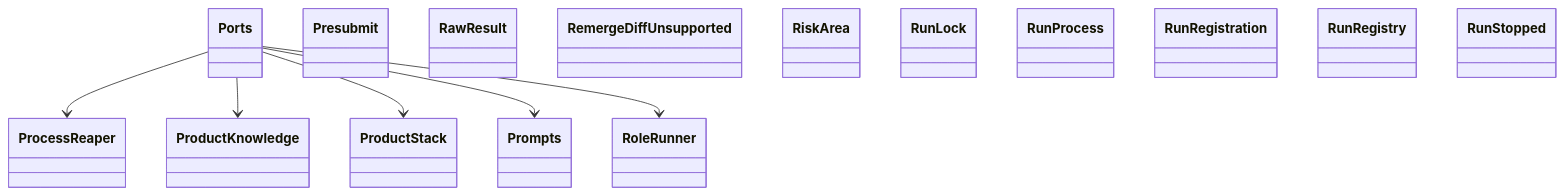
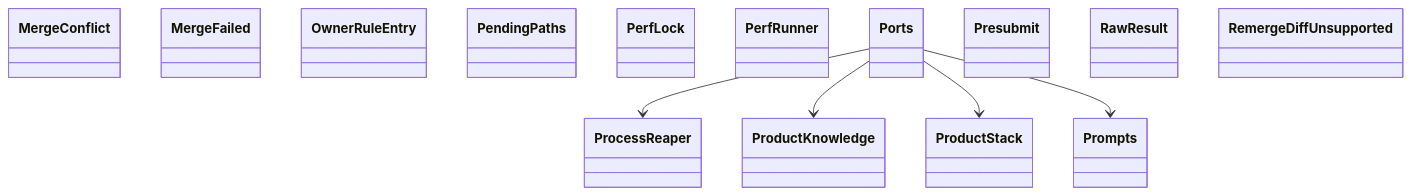
The diagram in docs/architecture/generated/classes-process-application-support-5.md (GonzaloZevallos/agentic-system), drawn with Mermaid before and after one commit. The commit also changed other lines of this file and 58 other files, not shown here.

Commit message:
Docs: regenerate the architecture pages for the board_schema module

````diff
--- a/docs/architecture/generated/classes-process-application-support-5.md
+++ b/docs/architecture/generated/classes-process-application-support-5.md
@@ -20,23 +21,21 @@
 ```mermaid
 classDiagram
+    class ports__MergeConflict["MergeConflict"]
+    class ports__MergeFailed["MergeFailed"]
+    class ports__OwnerRuleEntry["OwnerRuleEntry"]
+    class ports__PendingPaths["PendingPaths"]
+    class ports__PerfLock["PerfLock"]
+    class ports__PerfRunner["PerfRunner"]
     class ports__Ports["Ports"]
     class ports__Presubmit["Presubmit"]
     class ports__ProcessReaper["ProcessReaper"]
     class ports__ProductKnowledge["ProductKnowledge"]
     class ports__ProductStack["ProductStack"]
     class ports__Prompts["Prompts"]
     class ports__RawResult["RawResult"]
     class ports__RemergeDiffUnsupported["RemergeDiffUnsupported"]
-    class ports__RiskArea["RiskArea"]
-    class ports__RoleRunner["RoleRunner"]
-    class ports__RunLock["RunLock"]
-    class ports__RunProcess["RunProcess"]
-    class ports__RunRegistration["RunRegistration"]
-    class ports__RunRegistry["RunRegistry"]
-    class ports__RunStopped["RunStopped"]
     ports__Ports --> ports__ProcessReaper
     ports__Ports --> ports__ProductKnowledge
     ports__Ports --> ports__ProductStack
     ports__Ports --> ports__Prompts
-    ports__Ports --> ports__RoleRunner
 ```
````
